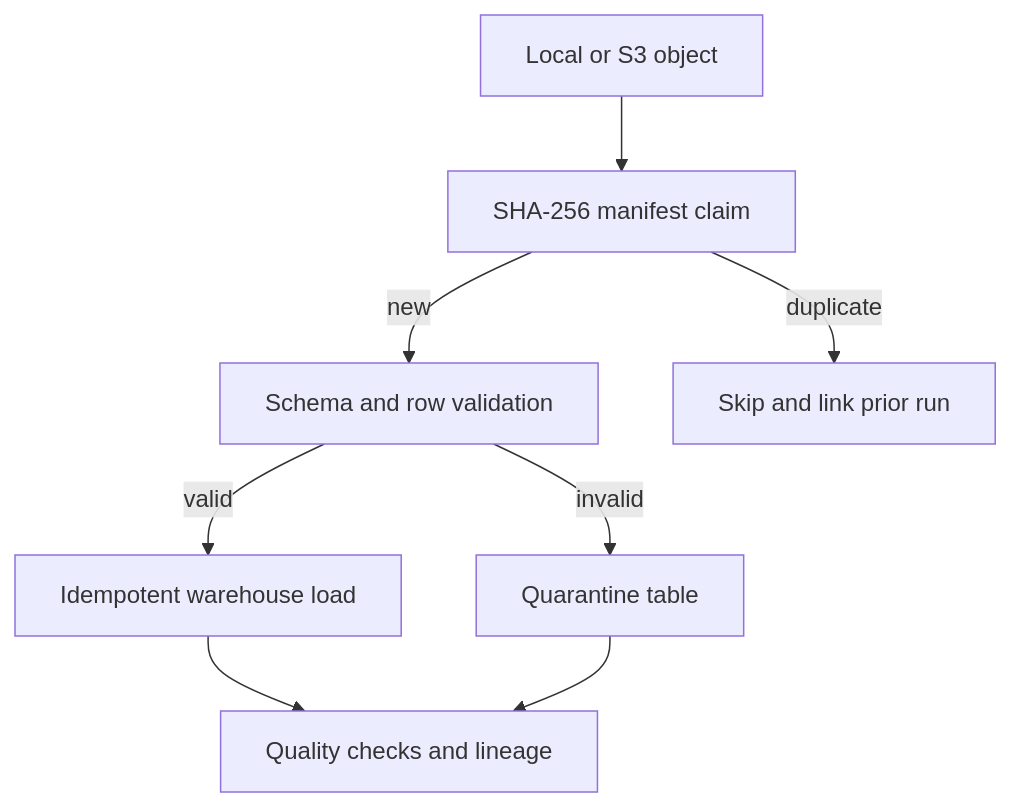
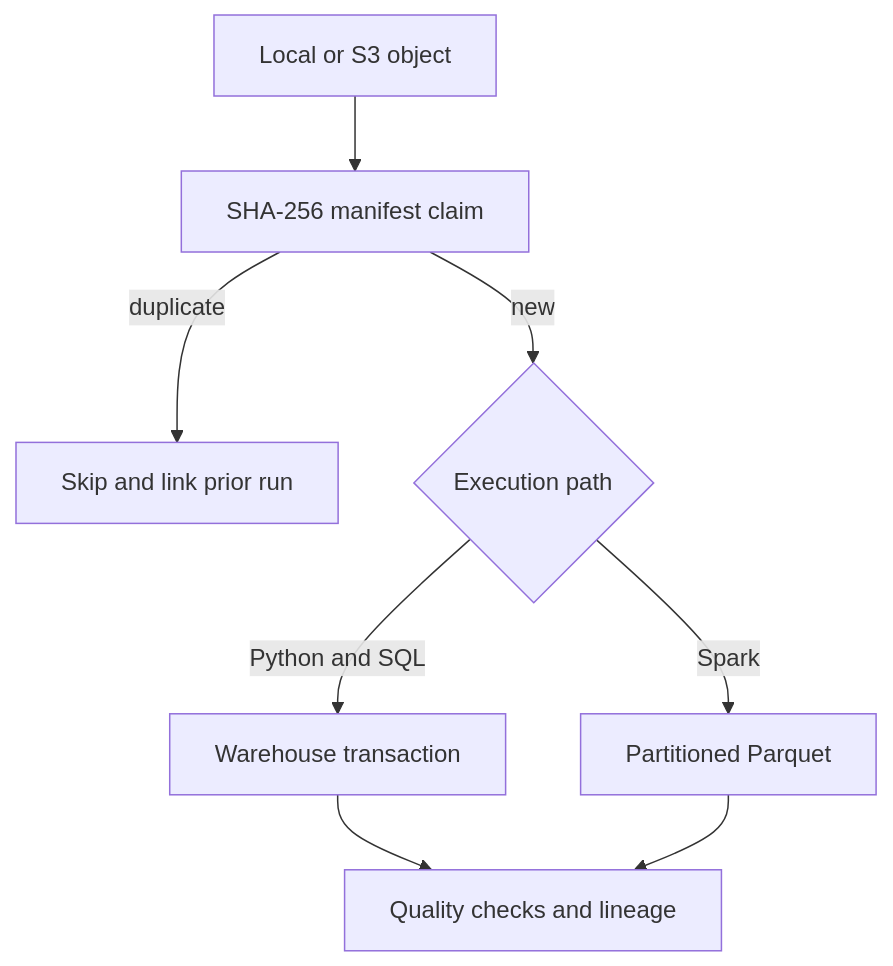
Before and after one commit to kdgmax/production-data-platform: the diagram in docs/architecture.md, drawn with Mermaid. The commit also changed other lines of this file and 5 other files, not shown here.

First line of the commit message:
Add partitioned Spark processing and Parquet outputs (#5)

````diff
--- a/docs/architecture.md
+++ b/docs/architecture.md
@@ -11,10 +12,10 @@
 ```mermaid
 flowchart TD
     A["Local or S3 object"] --> B["SHA-256 manifest claim"]
-    B -->|new| C["Schema and row validation"]
-    B -->|duplicate| D["Skip and link prior run"]
-    C -->|valid| E["Idempotent warehouse load"]
-    C -->|invalid| F["Quarantine table"]
+    B -->|duplicate| C["Skip and link prior run"]
+    B -->|new| D{"Execution path"}
+    D -->|Python and SQL| E["Warehouse transaction"]
+    D -->|Spark| F["Partitioned Parquet"]
     E --> G["Quality checks and lineage"]
     F --> G
 ```
````
